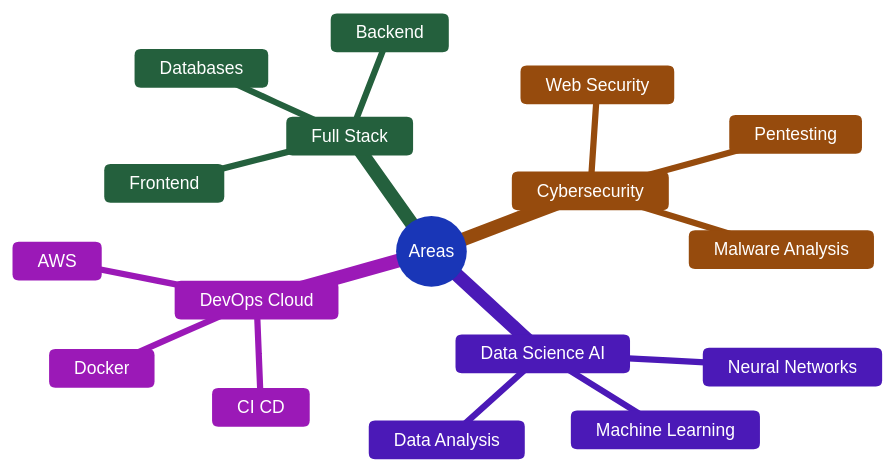
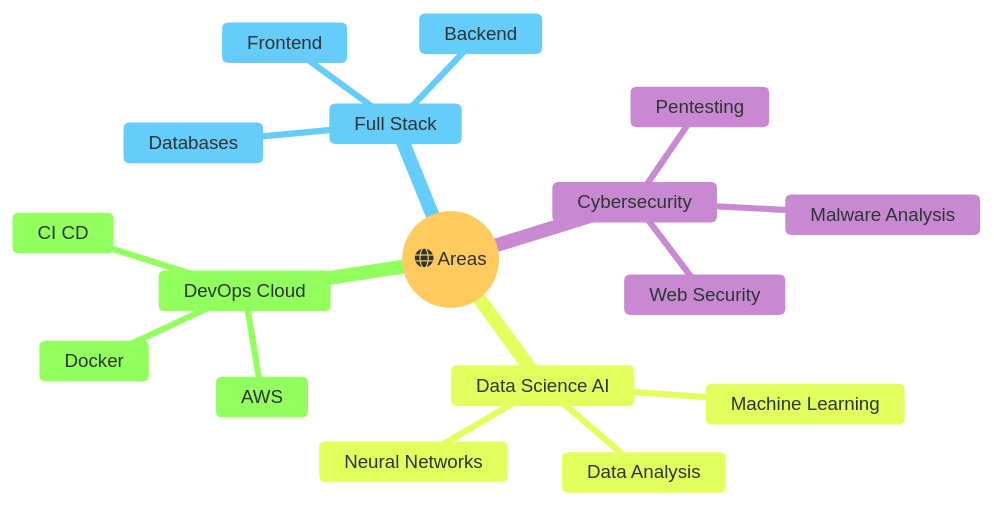
One commit to devsebastian44/Devsebastian44 changed the diagram in README.md. Above: the diagram before and after it, drawn with Mermaid.

Commit message:
Version 1

````diff
--- a/README.md
+++ b/README.md
@@ -75,21 +75,38 @@
 ```mermaid
-%%{init: {'theme':'base', 'themeVariables': { 'primaryColor':'#667EEA','primaryTextColor':'#FFF','primaryBorderColor':'#5A67D8','lineColor':'#4299E1','secondaryColor':'#48BB78','tertiaryColor':'#ED8936','quaternaryColor':'#9F7AEA','fontSize':'14px','fontFamily':'Arial'}}}%%
 mindmap
-  root((Areas))
+  root((fa:fa-globe Areas))
     Full Stack
+      ::icon(fa fa-code)
       Frontend
       Backend
       Databases
     Cybersecurity
+      ::icon(fa fa-shield-halved)
       Pentesting
       Malware Analysis
       Web Security
     Data Science AI
+      ::icon(fa fa-brain)
       Machine Learning
       Data Analysis
       Neural Networks
     DevOps Cloud
+      ::icon(fa fa-cloud)
       Docker
       AWS
       CI CD
+  %%{init: {
+    'theme': 'base',
+    'themeVariables': {
+      'primaryColor': '#fff4dd',
+      'primaryTextColor': '#2d3436',
+      'primaryBorderColor': '#2d3436',
+      'lineColor': '#636e72',
+      'secondaryColor': '#e1f5fe',
+      'tertiaryColor': '#f3e5f5',
+      'quaternaryColor': '#e8f5e9',
+      'fontSize': '15px',
+      'fontFamily': 'Comic Sans MS, cursive'
+    }
+  }}%%
 ```
````
